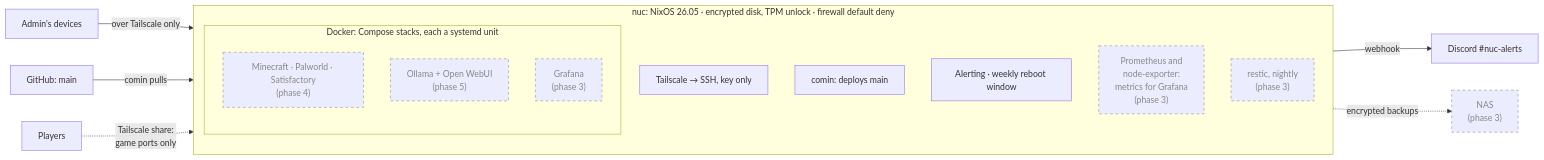
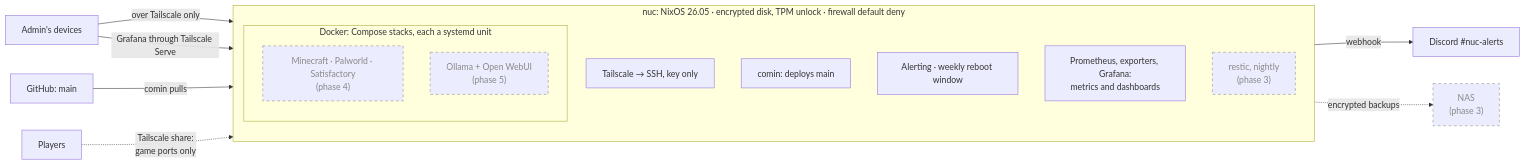
The second of 2 diagrams in README.md (alexCranfield/nixos-homeserver), drawn with Mermaid before and after one commit. The commit also changed other lines of this file and 32 other files, not shown here.

First line of the commit message:
Add Prometheus, exporters and Grafana over Tailscale Serve (#169)

````diff
--- a/README.md
+++ b/README.md
@@ -102,28 +103,28 @@
 ```mermaid
 flowchart LR
     admin["Admin's devices"]
     gh["GitHub: main"]
     players["Players"]
     subgraph nuc["nuc: NixOS 26.05 · encrypted disk, TPM unlock · firewall default deny"]
         direction TB
         ts["Tailscale → SSH, key only"]
         comin["comin: deploys main"]
         notify["Alerting · weekly reboot window"]
         subgraph docker["Docker: Compose stacks, each a systemd unit"]
             games["Minecraft · Palworld · Satisfactory<br/>(phase 4)"]
             llm["Ollama + Open WebUI<br/>(phase 5)"]
-            grafana["Grafana<br/>(phase 3)"]
         end
-        prom["Prometheus and<br/>node-exporter:<br/>metrics for Grafana<br/>(phase 3)"]
+        obs["Prometheus, exporters, Grafana:<br/>metrics and dashboards"]
         restic["restic, nightly<br/>(phase 3)"]
     end
     discord["Discord #nuc-alerts"]
     nas["NAS<br/>(phase 3)"]
     admin -->|"over Tailscale only"| ts
+    admin -->|"Grafana through Tailscale Serve"| obs
     gh -->|"comin pulls"| comin
     players -.->|"Tailscale share:<br/>game ports only"| games
     notify -->|webhook| discord
     restic -.->|"encrypted backups"| nas
     classDef planned stroke-dasharray: 5 5,color:#888,stroke:#888
-    class games,llm,grafana,prom,restic,nas planned
+    class games,llm,restic,nas planned
 ```
````
